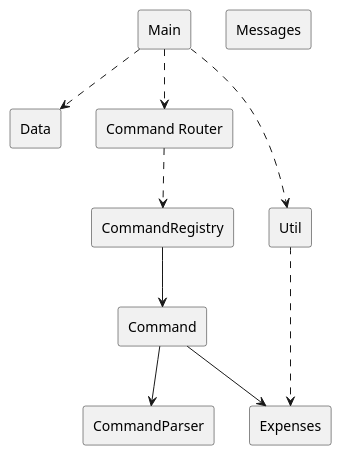
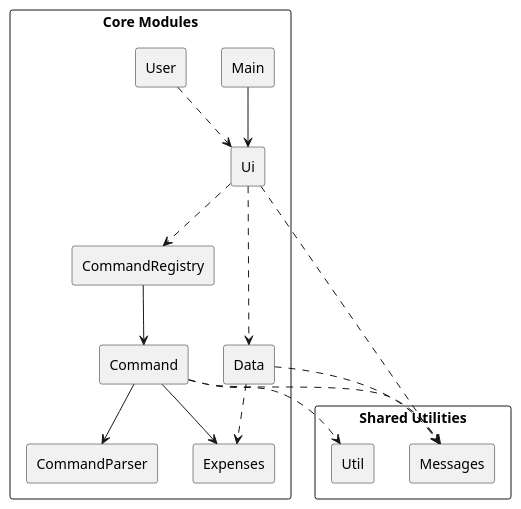
The diagram in docs/diagrams/class/overall.puml (randust/tp), drawn with PlantUML before and after one commit. The commit also changed 2 other files, not shown here.

Commit message:
Improve clarity on architecture diagram

```diff
--- a/docs/diagrams/class/overall.puml
+++ b/docs/diagrams/class/overall.puml
@@ -1,24 +1,43 @@
 @startuml
 skinparam componentStyle rectangle
 skinparam packageStyle rect
+'skinparam ArrowColor LightGreen
 
-[Main]
-[Command]
-[CommandRegistry]
-[CommandParser]
-[Data]
-[Command Router]
-[Expenses]
-[Util]
-[Messages]
+package "Core Modules" {
+  [Main]
+  [Ui]
+  [User]
+  [Command]
+  [CommandRegistry]
+  [CommandParser]
+  [Data]
+  [Expenses]
+}
 
-[Main] ..> [Command Router]
-[Main] ..> [Data]
-[Main] ..> [Util]
-[Util] ..> [Expenses]
-[Command Router] ..> [CommandRegistry]
+package "Shared Utilities" {
+  [Util]
+  [Messages]
+}
+
+' Core flows
+[User] ..> [Ui]
+[Main] --> [Ui]
+[Ui] ..> [Data]
+[Data] ..> [Expenses]
+[Ui] ..> [CommandRegistry]
 [CommandRegistry] --> [Command]
 [Command] --> [CommandParser]
 [Command] --> [Expenses]
 
+' Shared utilities usage
+'[Ui] ..> [Util]
+[Ui] ..> [Messages]
+[Command] ..> [Util]
+[Command] ..> [Messages]
+'[Expenses] ..> [Util]
+'[Expenses] ..> [Messages]
+'[CommandRegistry] ..> [Messages]
+[Data] ..> [Messages]
+'[Data] ..> [Util]
+
 @enduml
```
